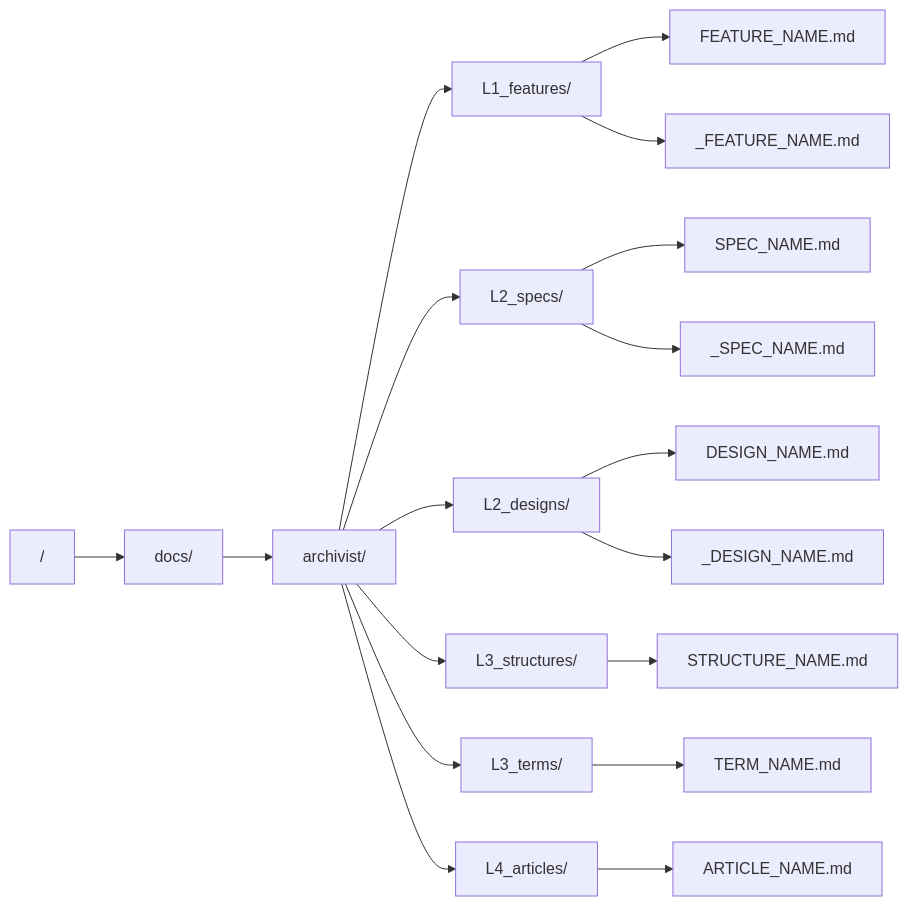
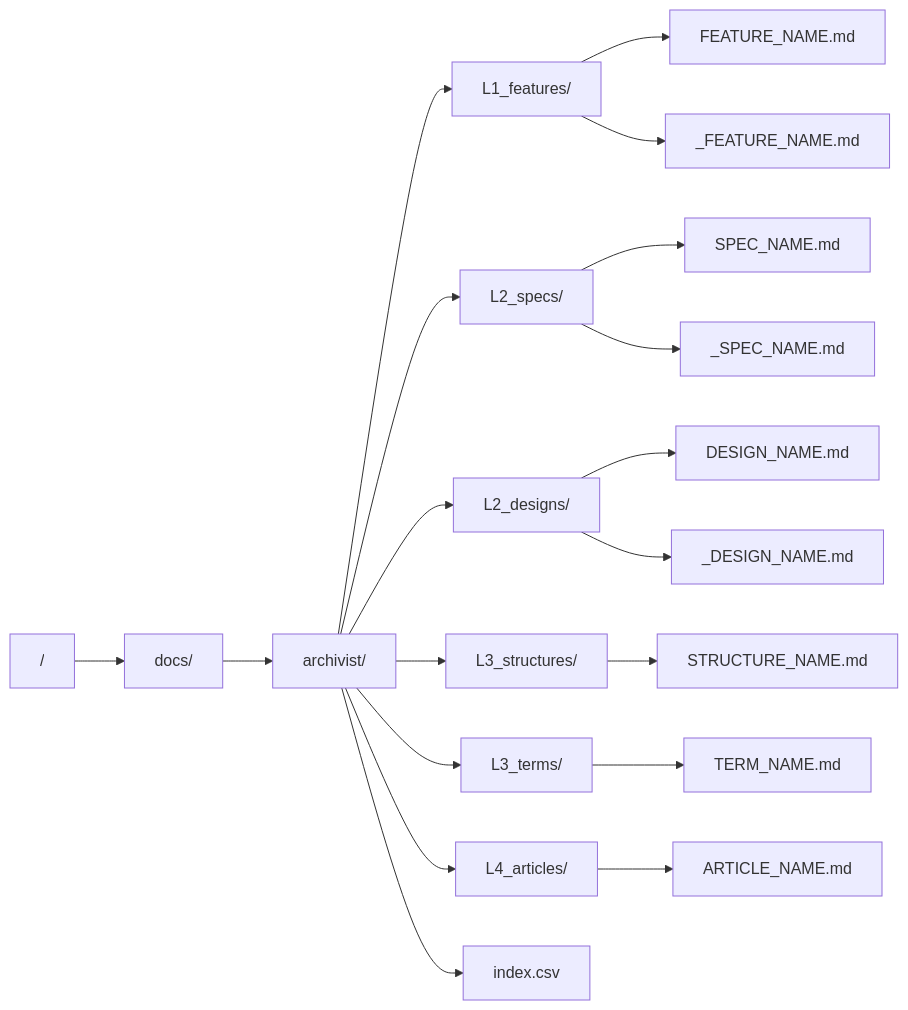
The first of 2 diagrams in docs/archivist/L3_structures/directory-layout.md (gameundwatch/archivist), drawn with Mermaid before and after one commit. The commit also changed other lines of this file and 12 other files, not shown here.

````diff
--- a/docs/archivist/L3_structures/directory-layout.md
+++ b/docs/archivist/L3_structures/directory-layout.md
@@ -7,32 +7,33 @@
 ```mermaid
 graph LR
 
 ROOT["/"]
 DOCS_ROOT["docs/"]
 ARCHIVIST["archivist/"]
 FEATURES["L1_features/"]
 SPECS["L2_specs/"]
 DESIGNS["L2_designs/"]
 STRUCTURES["L3_structures/"]
 TERMS["L3_terms/"]
 ARTICLES["L4_articles/"]
 
 ROOT --> DOCS_ROOT
 DOCS_ROOT --> ARCHIVIST
 ARCHIVIST --> FEATURES
 ARCHIVIST --> SPECS
 ARCHIVIST --> DESIGNS
 ARCHIVIST --> STRUCTURES
 ARCHIVIST --> TERMS
 ARCHIVIST --> ARTICLES
+ARCHIVIST --> INDEX["index.csv"]
 FEATURES --> FEATURE_FILE["FEATURE_NAME.md"]
 SPECS --> SPEC_FILE["SPEC_NAME.md"]
 DESIGNS --> DESIGN_FILE["DESIGN_NAME.md"]
 STRUCTURES --> STRUCTURE_FILE["STRUCTURE_NAME.md"]
 TERMS --> TERM_FILE["TERM_NAME.md"]
 ARTICLES --> ARTICLE_FILE["ARTICLE_NAME.md"]
 
 FEATURES --> UNIMPLEMENTED_FEATURE_FILE["_FEATURE_NAME.md"]
 SPECS --> UNIMPLEMENTED_SPEC_FILE["_SPEC_NAME.md"]
 DESIGNS --> UNIMPLEMENTED_DESIGN_FILE["_DESIGN_NAME.md"]
 ```
````
